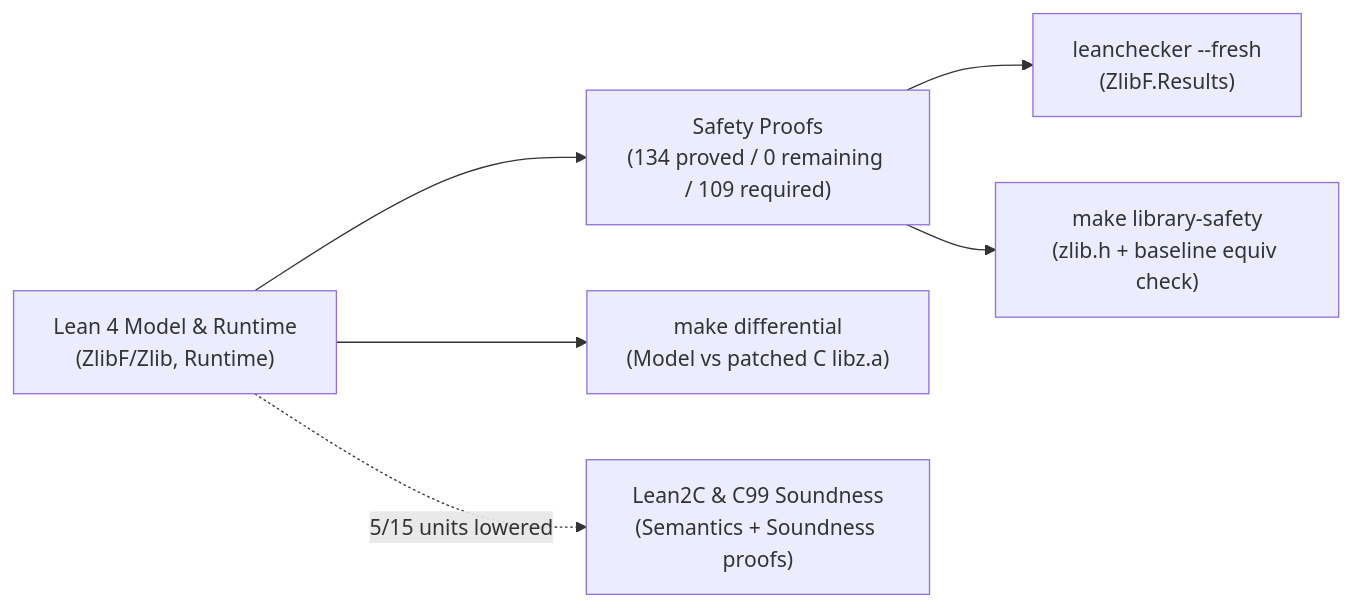
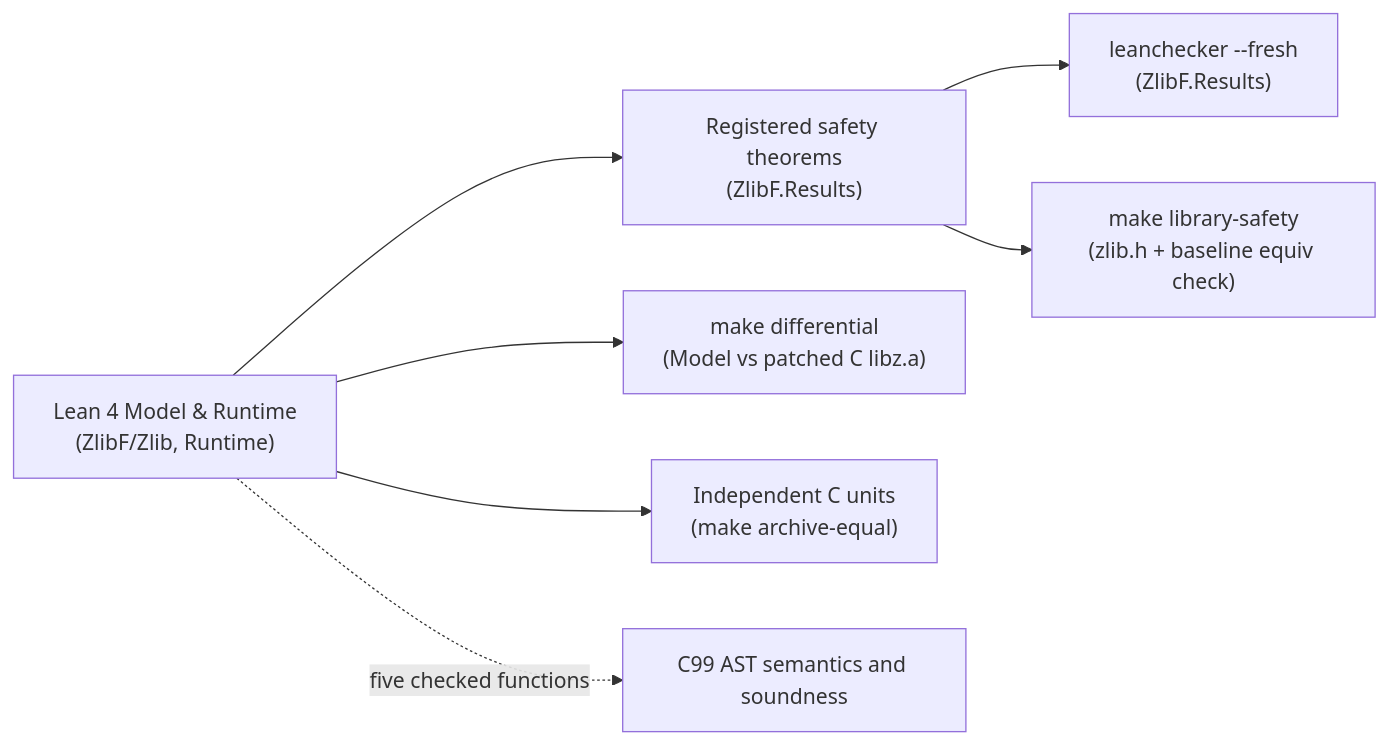
One commit to cla7aye15I4nd/zlib-lean changed the diagram in README.md. Above: the diagram before and after it, drawn with Mermaid. The commit also changed other lines of this file and 369 other files, not shown here.

First line of the commit message:
Verify the Linux zlib archive and replay the preserved safety contracts

````diff
--- a/README.md
+++ b/README.md
@@ -28,8 +28,9 @@
 ```mermaid
 flowchart LR
-    Model["Lean 4 Model & Runtime\n(ZlibF/Zlib, Runtime)"] --> Safety["Safety Proofs\n(134 proved / 0 remaining / 109 required)"]
+    Model["Lean 4 Model & Runtime\n(ZlibF/Zlib, Runtime)"] --> Safety["Registered safety theorems\n(ZlibF.Results)"]
     Safety --> Kernel["leanchecker --fresh\n(ZlibF.Results)"]
     Safety --> Coverage["make library-safety\n(zlib.h + baseline equiv check)"]
     Model --> Diff["make differential\n(Model vs patched C libz.a)"]
-    Model -. "5/15 units lowered" .-> Lean2C["Lean2C & C99 Soundness\n(Semantics + Soundness proofs)"]
+    Model --> Generated["Independent C units\n(make archive-equal)"]
+    Model -. "five checked functions" .-> Lean2C["C99 AST semantics and soundness"]
 ```
````
